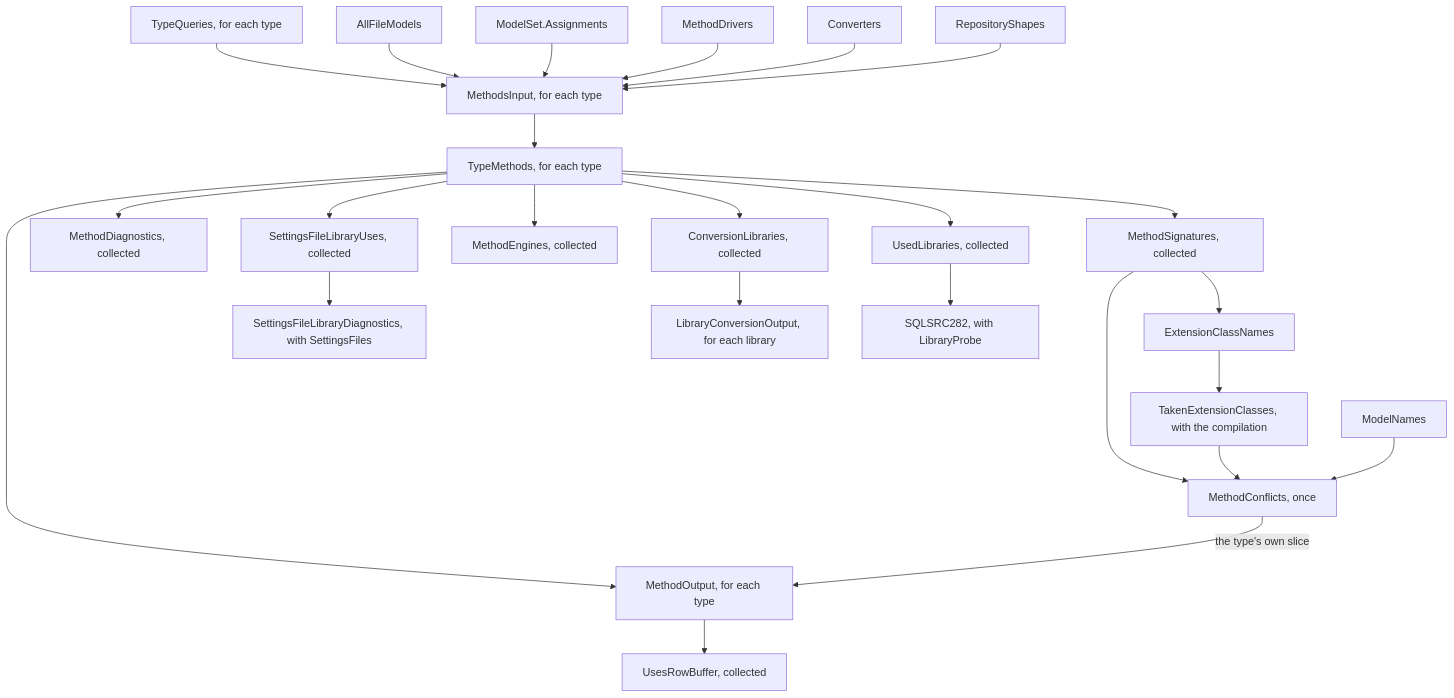
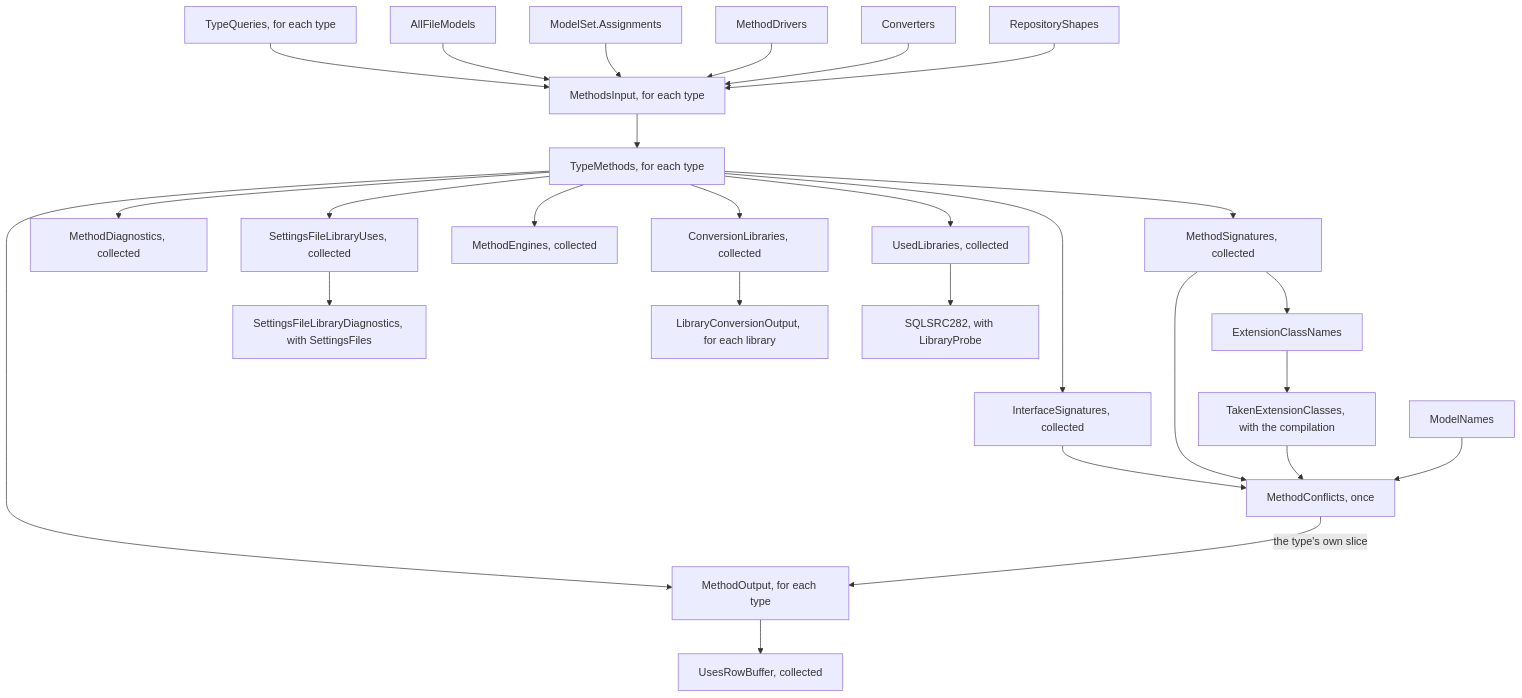
One commit to mbcrawfo/SqlSource changed the third of 3 diagrams in docs/architecture/generator.md. Above: the diagram before and after it, drawn with Mermaid. The commit also changed other lines of this file and 14 other files, not shown here.

````diff
--- a/docs/architecture/generator.md
+++ b/docs/architecture/generator.md
@@ -607,27 +609,29 @@
 ```mermaid
 flowchart TD
     typeQueries["TypeQueries, for each type"] --> input["MethodsInput, for each type"]
     all["AllFileModels"] --> input
     assignments["ModelSet.Assignments"] --> input
     drivers["MethodDrivers"] --> input
     converters["Converters"] --> input
     shapes["RepositoryShapes"] --> input
     input --> plan["TypeMethods, for each type"]
     plan --> signatures["MethodSignatures, collected"]
     signatures --> classes["ExtensionClassNames"]
+    plan --> interfaces["InterfaceSignatures, collected"]
+    interfaces --> conflicts
     classes --> taken["TakenExtensionClasses, with the compilation"]
     signatures --> conflicts["MethodConflicts, once"]
     taken --> conflicts
     modelNames["ModelNames"] --> conflicts
     plan --> output["MethodOutput, for each type"]
     conflicts -->|"the type's own slice"| output
     output --> rowBuffer["UsesRowBuffer, collected"]
     plan --> diagnostics["MethodDiagnostics, collected"]
     plan --> libraryUses["SettingsFileLibraryUses, collected"]
     libraryUses --> located["SettingsFileLibraryDiagnostics, with SettingsFiles"]
     plan --> engines["MethodEngines, collected"]
     plan --> libraries["ConversionLibraries, collected"]
     libraries --> conversions["LibraryConversionOutput, for each library"]
     plan --> used["UsedLibraries, collected"]
     used --> floor["SQLSRC282, with LibraryProbe"]
 ```
````
